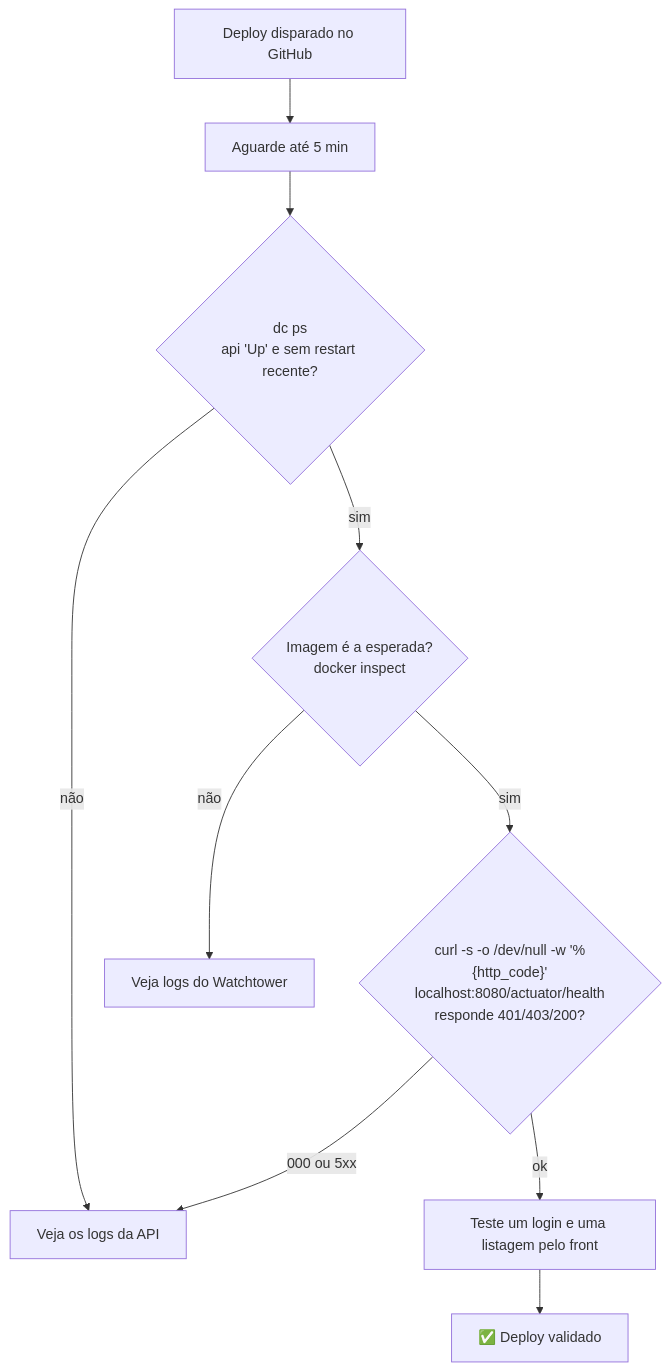
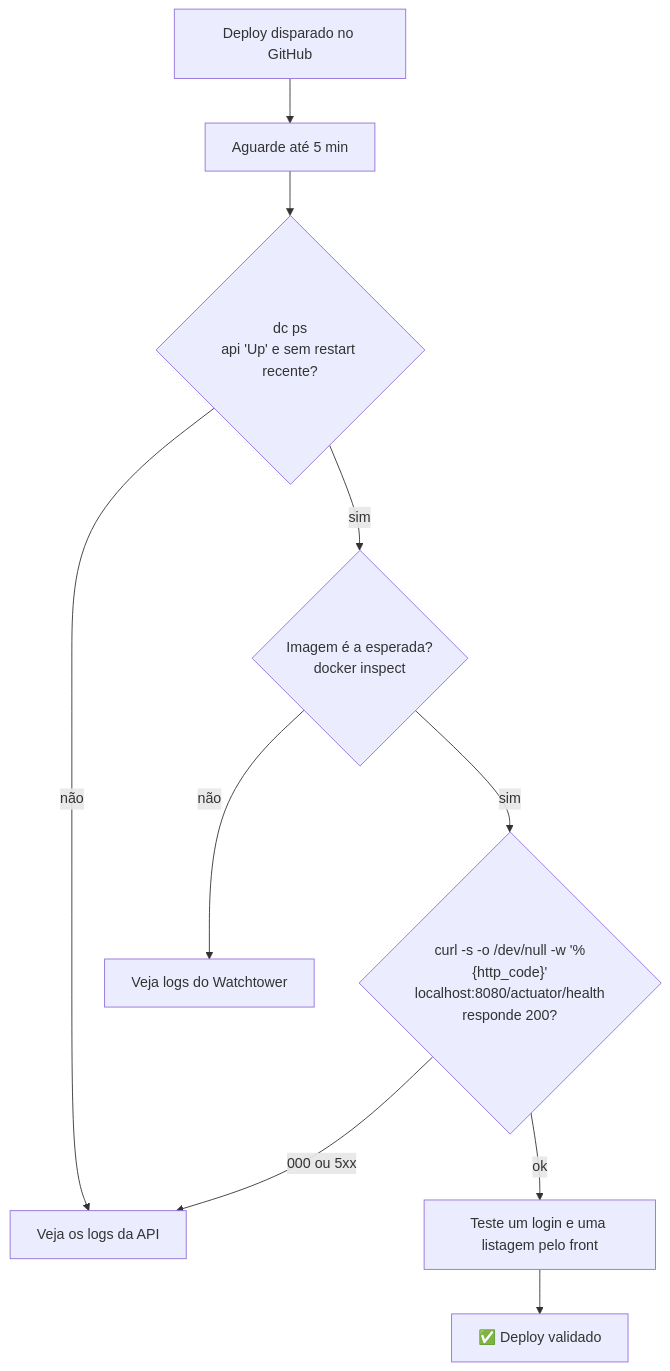
One commit to projeto-resgate/projetoresgate-api changed the diagram in docs/operacao/runbook.md. Above: the diagram before and after it, drawn with Mermaid. The commit also changed other lines of this file and 96 other files, not shown here.

````diff
--- a/docs/operacao/runbook.md
+++ b/docs/operacao/runbook.md
@@ -28,12 +28,12 @@
 ```mermaid
 flowchart TD
     A[Deploy disparado no GitHub] --> B[Aguarde até 5 min]
     B --> C{"dc ps<br/>api 'Up' e sem restart recente?"}
     C -- não --> L[Veja os logs da API]
     C -- sim --> D{"Imagem é a esperada?<br/>docker inspect"}
     D -- não --> W[Veja logs do Watchtower]
-    D -- sim --> E{"curl -s -o /dev/null -w '%{http_code}'<br/>localhost:8080/actuator/health<br/>responde 401/403/200?"}
+    D -- sim --> E{"curl -s -o /dev/null -w '%{http_code}'<br/>localhost:8080/actuator/health<br/>responde 200?"}
     E -- "000 ou 5xx" --> L
     E -- ok --> F[Teste um login e uma listagem pelo front]
     F --> G[✅ Deploy validado]
 ```
````
